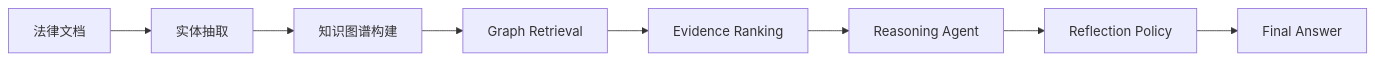
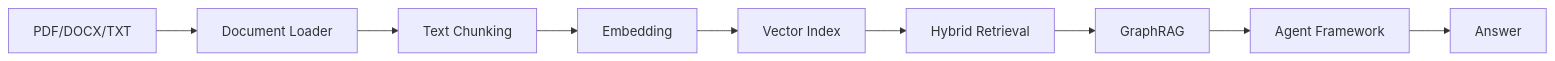
Before and after one commit to jhz123-bot/legal-agentic-graphrag: the first of 3 diagrams in README.md, drawn with Mermaid. The commit also changed other lines of this file and 389 other files, not shown here.

Commit message:
Initial commit: Legal Agentic GraphRAG system

````diff
--- a/README.md
+++ b/README.md
@@ -27,10 +24,11 @@
 ```mermaid
 flowchart LR
-    A[法律文档] --> B[实体抽取]
-    B --> C[知识图谱构建]
-    C --> D[Graph Retrieval]
-    D --> E[Evidence Ranking]
-    E --> F[Reasoning Agent]
-    F --> G[Reflection Policy]
-    G --> H[Final Answer]
+    A[PDF/DOCX/TXT] --> B[Document Loader]
+    B --> C[Text Chunking]
+    C --> D[Embedding]
+    D --> E[Vector Index]
+    E --> F[Hybrid Retrieval]
+    F --> G[GraphRAG]
+    G --> H[Agent Framework]
+    H --> I[Answer]
 ```
````
